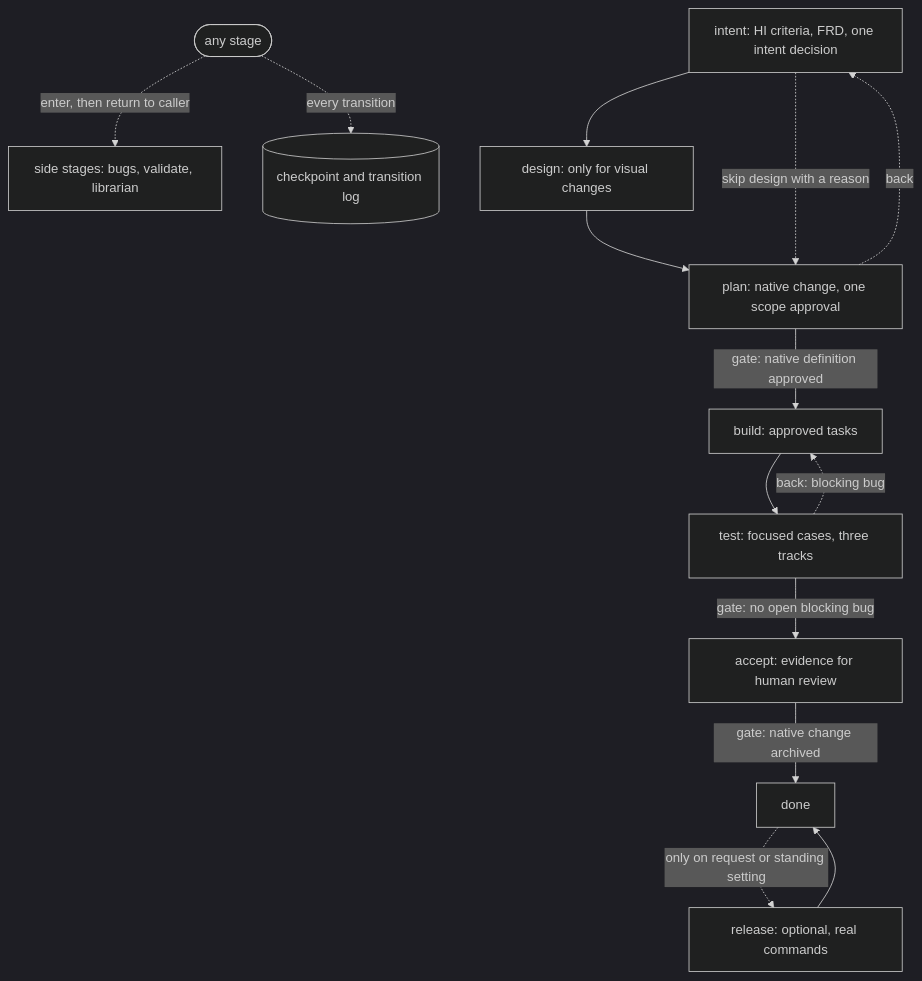
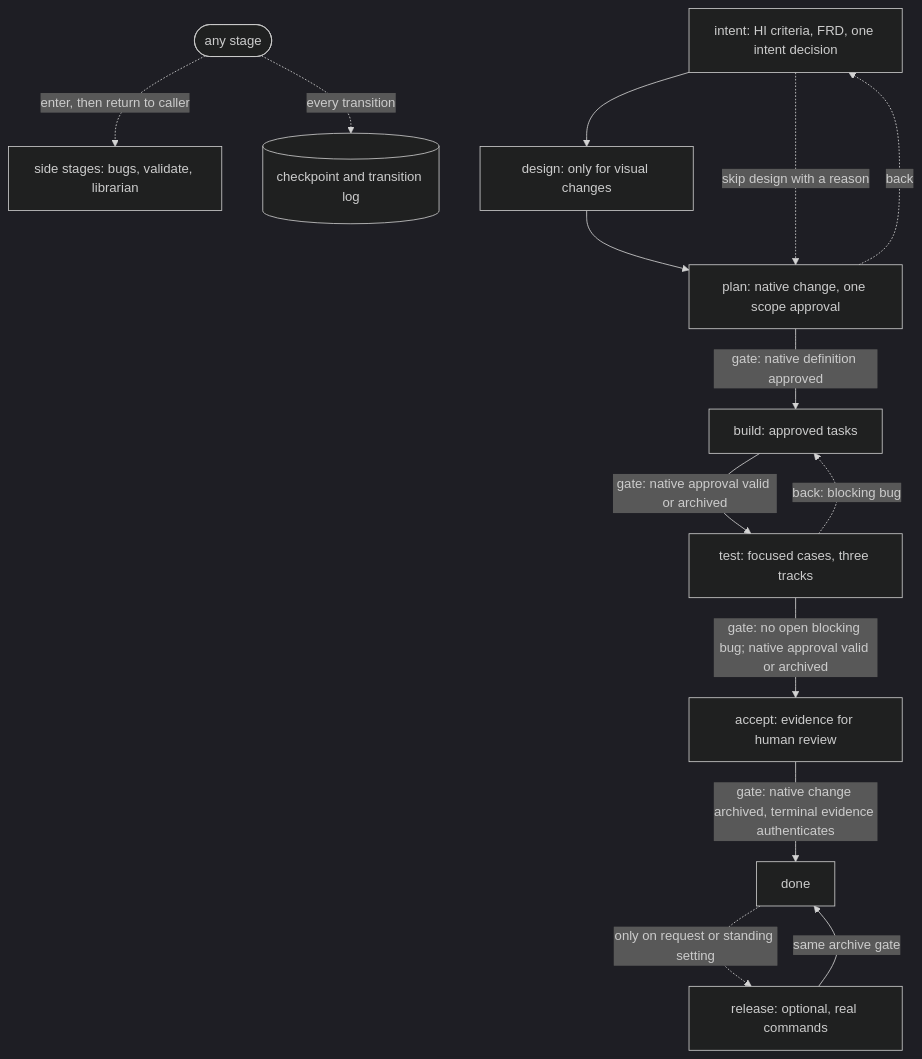
Before and after one commit to CorvidLabs/chough: the diagram in docs/diagrams/stages.mmd, drawn with Mermaid (dark theme). The commit also changed 19 other files, not shown here.

```diff
--- a/docs/diagrams/stages.mmd
+++ b/docs/diagrams/stages.mmd
@@ -1,14 +1,19 @@
+---
+config:
+  flowchart:
+    htmlLabels: true
+---
 flowchart TB
     intent["intent: HI criteria, FRD, one intent decision"] --> design["design: only for visual changes"]
     intent -. "skip design with a reason" .-> plan
     design --> plan["plan: native change, one scope approval"]
     plan -->|"gate: native definition approved"| build["build: approved tasks"]
-    build --> test["test: focused cases, three tracks"]
-    test -->|"gate: no open blocking bug"| accept["accept: evidence for human review"]
-    accept -->|"gate: native change archived"| done["done"]
+    build -->|"gate: native approval valid or archived"| test["test: focused cases, three tracks"]
+    test -->|"gate: no open blocking bug; native approval valid or archived"| accept["accept: evidence for human review"]
+    accept -->|"gate: native change archived, terminal evidence authenticates"| done["done"]
     done -. "only on request or standing setting" .-> release["release: optional, real commands"]
-    release --> done
+    release -->|"same archive gate"| done
     test -. "back: blocking bug" .-> build
     plan -. "back" .-> intent
     any(["any stage"]) -. "enter, then return to caller" .-> side["side stages: bugs, validate, librarian"]
     any -. "every transition" .-> checkpoint[("checkpoint and transition log")]
```
